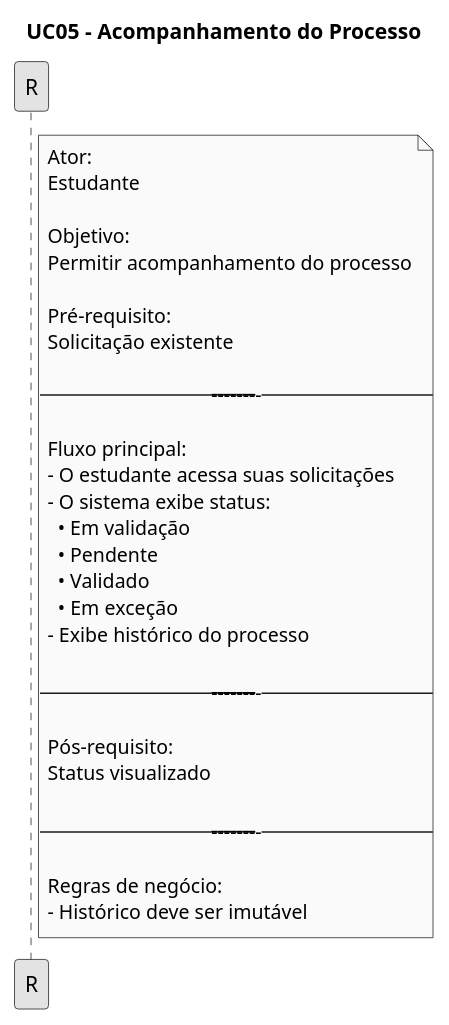
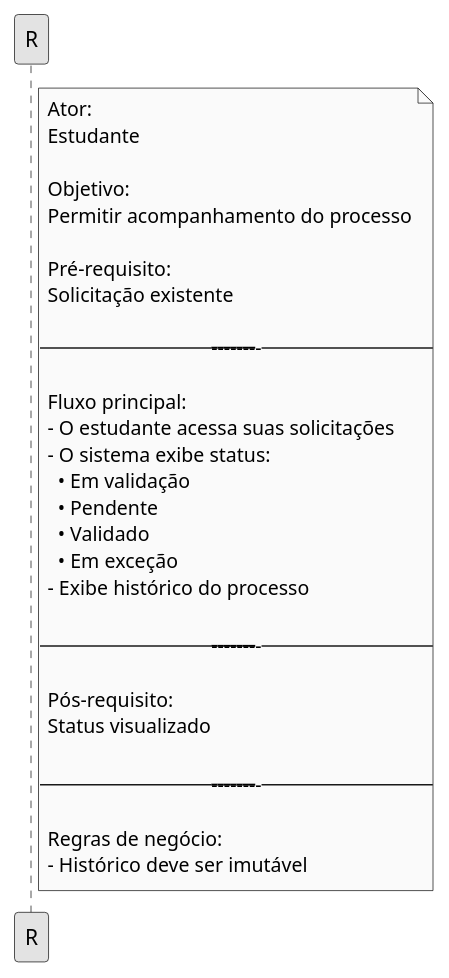
The fifth of 10 diagrams in docs/Iniciacao/prototipo_baixa_fidelidade.md (Projetos-de-Extensao/PBE_26.1_8001_VII), drawn with PlantUML before and after one commit. The commit also changed other lines of this file, not shown here.

````diff
--- a/docs/Iniciacao/prototipo_baixa_fidelidade.md
+++ b/docs/Iniciacao/prototipo_baixa_fidelidade.md
@@ -199,43 +198,43 @@
 ```puml
 @startuml
-title UC05 – Acompanhamento do Processo
+
 
 skinparam monochrome true
 skinparam shadowing false
 
 
 
 note right of R
 Ator:
 Estudante
 
 Objetivo:
 Permitir acompanhamento do processo
 
 Pré-requisito:
 Solicitação existente
 
 ----------------------------------------
 
 Fluxo principal:
 - O estudante acessa suas solicitações
 - O sistema exibe status:
   • Em validação
   • Pendente
   • Validado
   • Em exceção
 - Exibe histórico do processo
 
 ----------------------------------------
 
 Pós-requisito:
 Status visualizado
 
 ----------------------------------------
 
 Regras de negócio:
 - Histórico deve ser imutável
 end note
 
 @enduml
 ```
````
